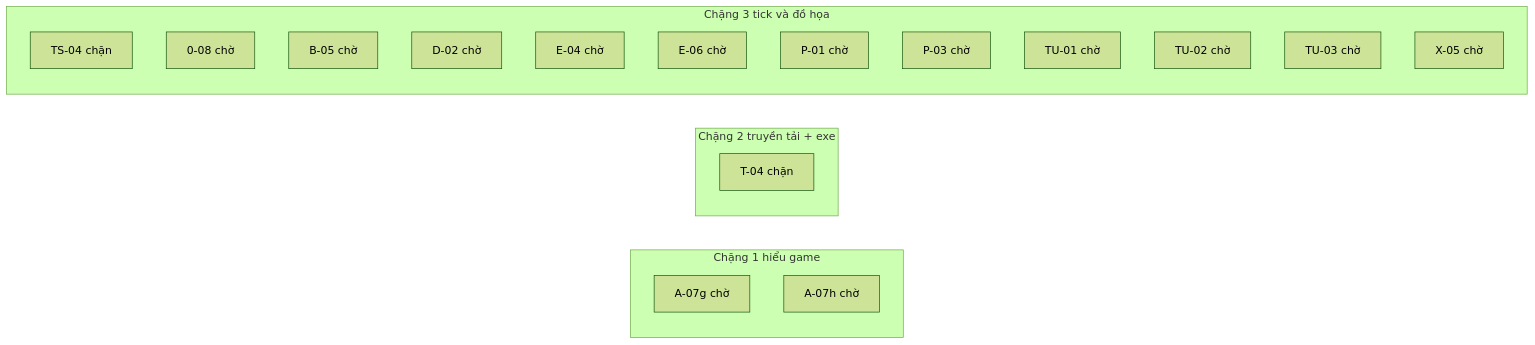
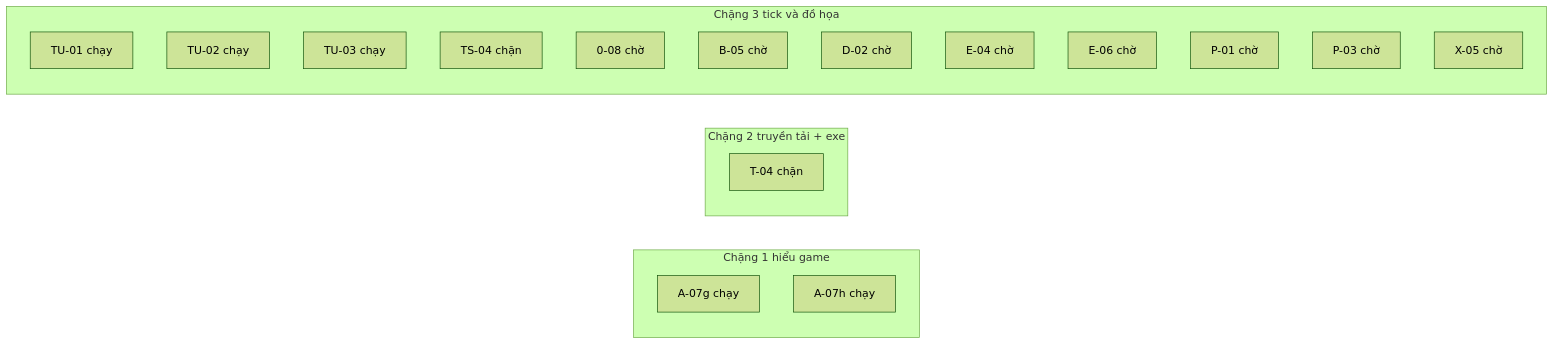
Before and after one commit to ndtangoss-dev/jx1-reports: the diagram in JX1_OPS/STATE/TIEN-DO.md, drawn with Mermaid (forest theme). The commit also changed other lines of this file and 4 other files, not shown here.

````diff
--- a/JX1_OPS/STATE/TIEN-DO.md
+++ b/JX1_OPS/STATE/TIEN-DO.md
@@ -9,24 +9,24 @@
 ```mermaid
 flowchart LR
   subgraph S1["Chặng 1 hiểu game"]
-    A_07g["A-07g chờ"]
-    A_07h["A-07h chờ"]
+    A_07g["A-07g chạy"]
+    A_07h["A-07h chạy"]
   end
   subgraph S2["Chặng 2 truyền tải + exe"]
     T_04["T-04 chặn"]
   end
   subgraph S3["Chặng 3 tick và đồ họa"]
+    TU_01["TU-01 chạy"]
+    TU_02["TU-02 chạy"]
+    TU_03["TU-03 chạy"]
     TS_04["TS-04 chặn"]
     0_08["0-08 chờ"]
     B_05["B-05 chờ"]
     D_02["D-02 chờ"]
     E_04["E-04 chờ"]
     E_06["E-06 chờ"]
     P_01["P-01 chờ"]
     P_03["P-03 chờ"]
-    TU_01["TU-01 chờ"]
-    TU_02["TU-02 chờ"]
-    TU_03["TU-03 chờ"]
     X_05["X-05 chờ"]
   end
 ```
````
